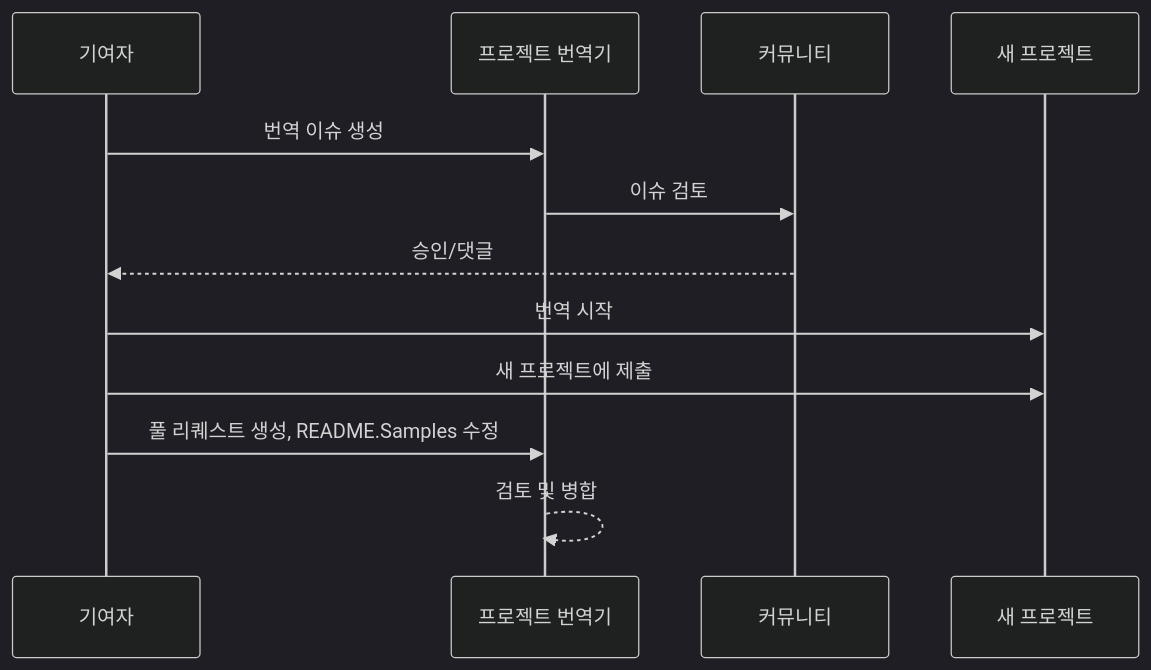
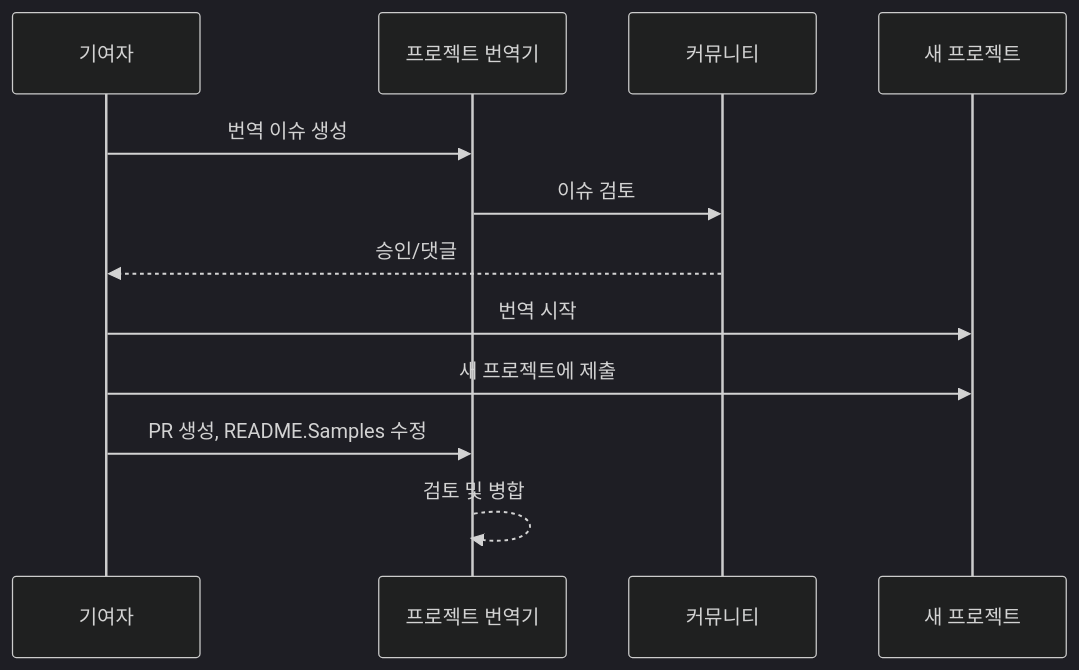
The diagram in readmes/README.ko-kr.md (Project-Translation/project_translator), drawn with Mermaid (dark theme) before and after one commit. The commit also changed other lines of this file and 17 other files, not shown here.

````diff
--- a/readmes/README.ko-kr.md
+++ b/readmes/README.ko-kr.md
@@ -63,10 +62,10 @@
 ```mermaid
 sequenceDiagram
   기여자->>프로젝트 번역기: 번역 이슈 생성
   프로젝트 번역기->>커뮤니티: 이슈 검토
   커뮤니티-->>기여자: 승인/댓글
   기여자->>새 프로젝트: 번역 시작
   기여자->>새 프로젝트: 새 프로젝트에 제출
-  기여자->>프로젝트 번역기: 풀 리퀘스트 생성, README.Samples 수정
+  기여자->>프로젝트 번역기: PR 생성, README.Samples 수정
   프로젝트 번역기-->>프로젝트 번역기: 검토 및 병합
 ```
````
